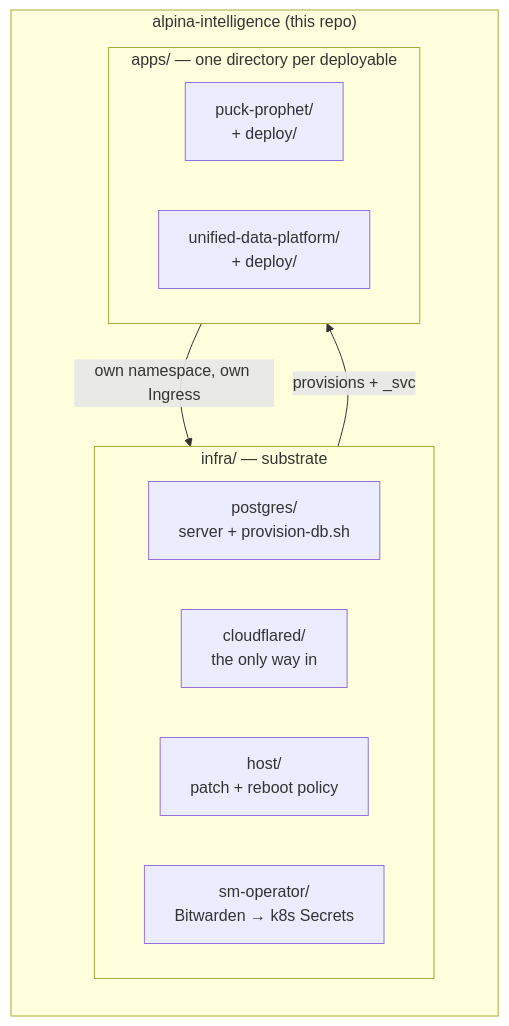
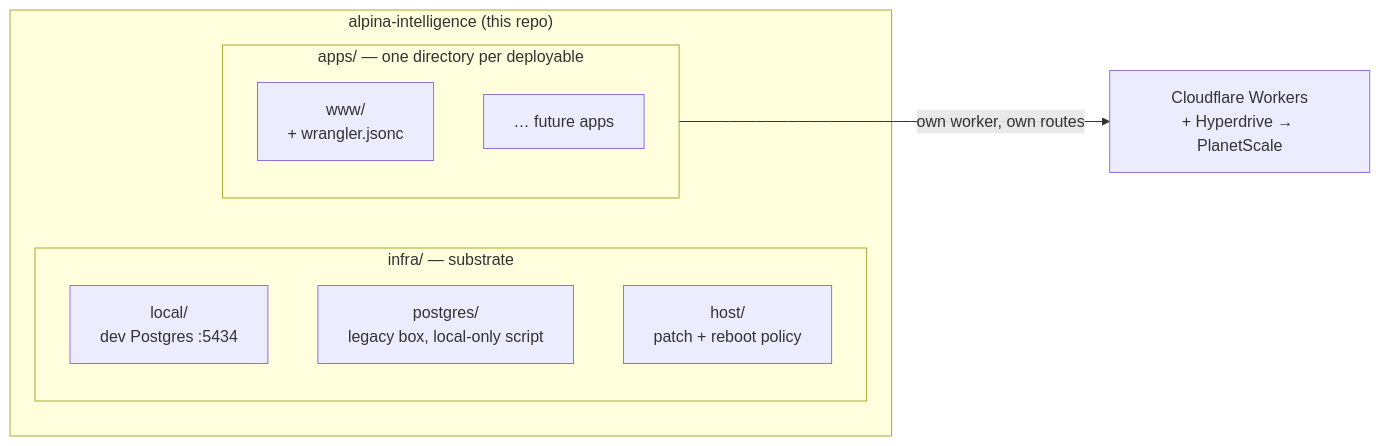
Before and after one commit to Alpina-Intelligence/alpina-intelligence: the diagram in README.md, drawn with Mermaid. The commit also changed other lines of this file and 9 other files, not shown here.

````diff
--- a/README.md
+++ b/README.md
@@ -47,17 +47,15 @@
 ```mermaid
 flowchart LR
     subgraph repo["alpina-intelligence (this repo)"]
         subgraph plat["infra/ — substrate"]
-            pg["postgres/<br/>server + provision-db.sh"]
-            cfd["cloudflared/<br/>the only way in"]
+            loc["local/<br/>dev Postgres :5434"]
+            pg["postgres/<br/>legacy box, local-only script"]
             host["host/<br/>patch + reboot policy"]
-            sm["sm-operator/<br/>Bitwarden → k8s Secrets"]
         end
         subgraph apps["apps/ — one directory per deployable"]
-            pp["puck-prophet/<br/>+ deploy/"]
-            udp["unified-data-platform/<br/>+ deploy/"]
+            www["www/<br/>+ wrangler.jsonc"]
+            nxt["… future apps"]
         end
     end
-    plat -->|"provisions <name> + <name>_svc"| apps
-    apps -->|"own namespace, own Ingress"| plat
+    apps -->|"own worker, own routes"| cf["Cloudflare Workers<br/>+ Hyperdrive → PlanetScale"]
 ```
````
